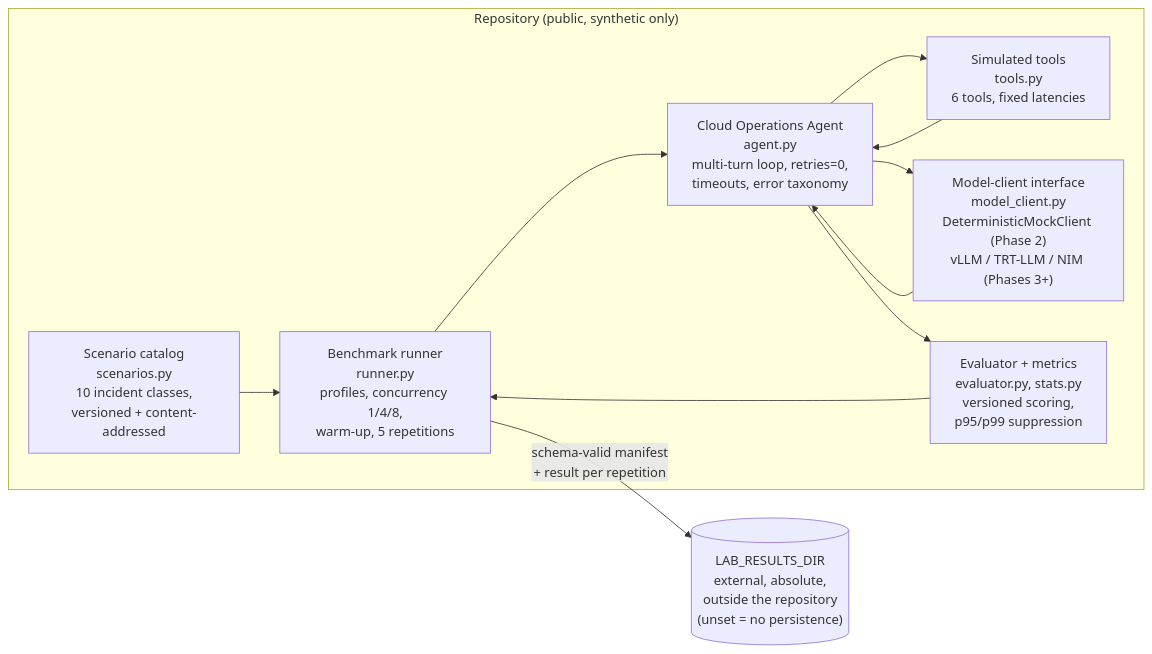
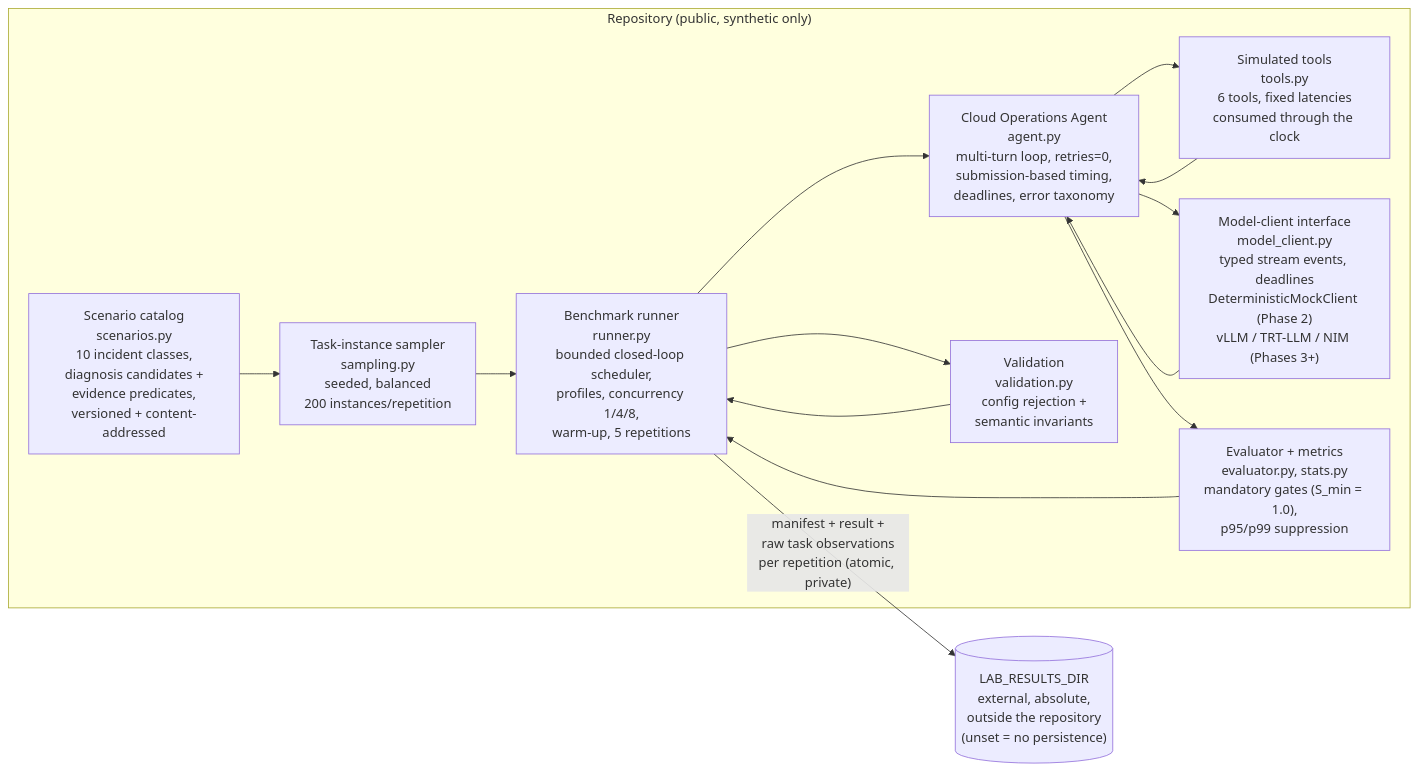
Before and after one commit to jgdynamite10/blackwell-agentic-inference-lab: the first of 2 diagrams in docs/architecture.md, drawn with Mermaid. The commit also changed other lines of this file and 7 other files, not shown here.

Commit message:
Document D-0010: owner-approved gates and SLOs, attainable sample plan, truthful scheduler/timing/streaming semantics, updated cost-runtime assumptions

````diff
--- a/docs/architecture.md
+++ b/docs/architecture.md
@@ -41,22 +41,27 @@
 ```mermaid
 flowchart LR
     subgraph repo["Repository (public, synthetic only)"]
-        catalog["Scenario catalog<br/>scenarios.py<br/>10 incident classes,<br/>versioned + content-addressed"]
-        runner["Benchmark runner<br/>runner.py<br/>profiles, concurrency 1/4/8,<br/>warm-up, 5 repetitions"]
-        agent["Cloud Operations Agent<br/>agent.py<br/>multi-turn loop, retries=0,<br/>timeouts, error taxonomy"]
-        tools["Simulated tools<br/>tools.py<br/>6 tools, fixed latencies"]
-        client["Model-client interface<br/>model_client.py<br/>DeterministicMockClient (Phase 2)<br/>vLLM / TRT-LLM / NIM (Phases 3+)"]
-        evaluator["Evaluator + metrics<br/>evaluator.py, stats.py<br/>versioned scoring,<br/>p95/p99 suppression"]
+        catalog["Scenario catalog<br/>scenarios.py<br/>10 incident classes,<br/>diagnosis candidates +<br/>evidence predicates,<br/>versioned + content-addressed"]
+        sampling["Task-instance sampler<br/>sampling.py<br/>seeded, balanced<br/>200 instances/repetition"]
+        runner["Benchmark runner<br/>runner.py<br/>bounded closed-loop scheduler,<br/>profiles, concurrency 1/4/8,<br/>warm-up, 5 repetitions"]
+        agent["Cloud Operations Agent<br/>agent.py<br/>multi-turn loop, retries=0,<br/>submission-based timing,<br/>deadlines, error taxonomy"]
+        tools["Simulated tools<br/>tools.py<br/>6 tools, fixed latencies<br/>consumed through the clock"]
+        client["Model-client interface<br/>model_client.py<br/>typed stream events, deadlines<br/>DeterministicMockClient (Phase 2)<br/>vLLM / TRT-LLM / NIM (Phases 3+)"]
+        evaluator["Evaluator + metrics<br/>evaluator.py, stats.py<br/>mandatory gates (S_min = 1.0),<br/>p95/p99 suppression"]
+        validation["Validation<br/>validation.py<br/>config rejection +<br/>semantic invariants"]
     end
     external[("LAB_RESULTS_DIR<br/>external, absolute,<br/>outside the repository<br/>(unset = no persistence)")]
 
-    catalog --> runner
+    catalog --> sampling
+    sampling --> runner
     runner --> agent
     agent --> client
     agent --> tools
     tools --> agent
     client --> agent
     agent --> evaluator
     evaluator --> runner
-    runner -- "schema-valid manifest<br/>+ result per repetition" --> external
+    runner --> validation
+    validation --> runner
+    runner -- "manifest + result +<br/>raw task observations<br/>per repetition (atomic, private)" --> external
 ```
````
